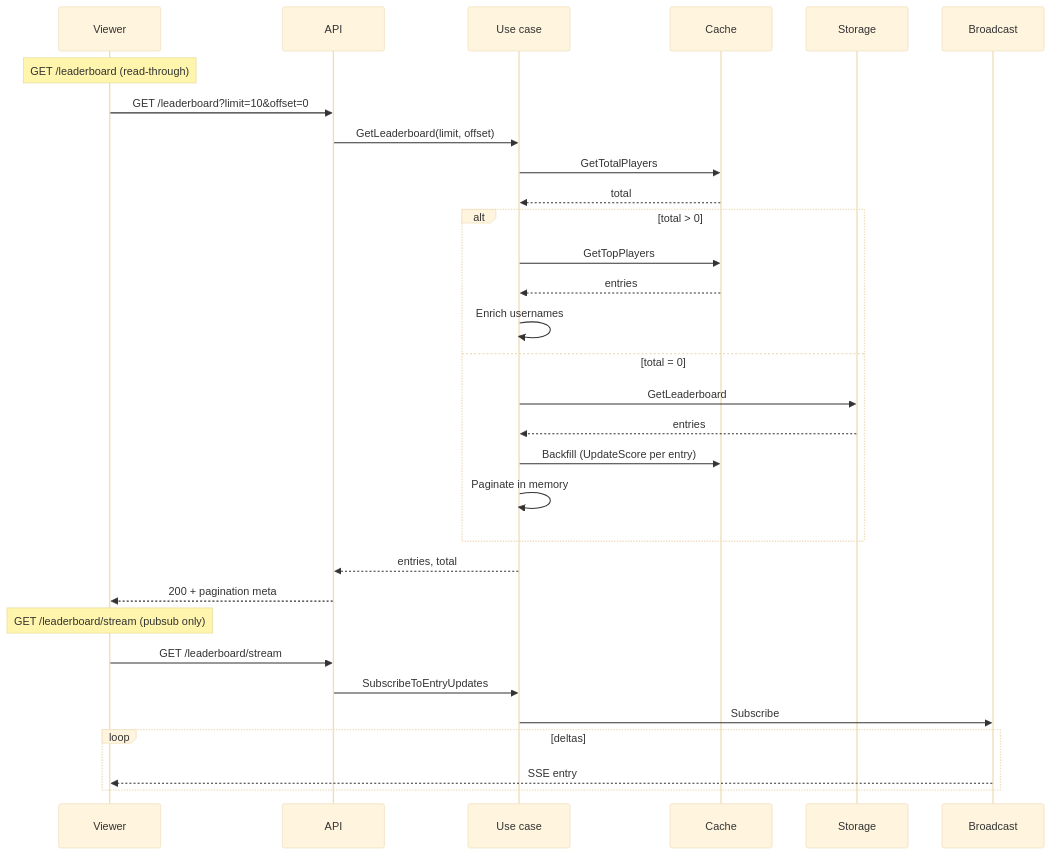
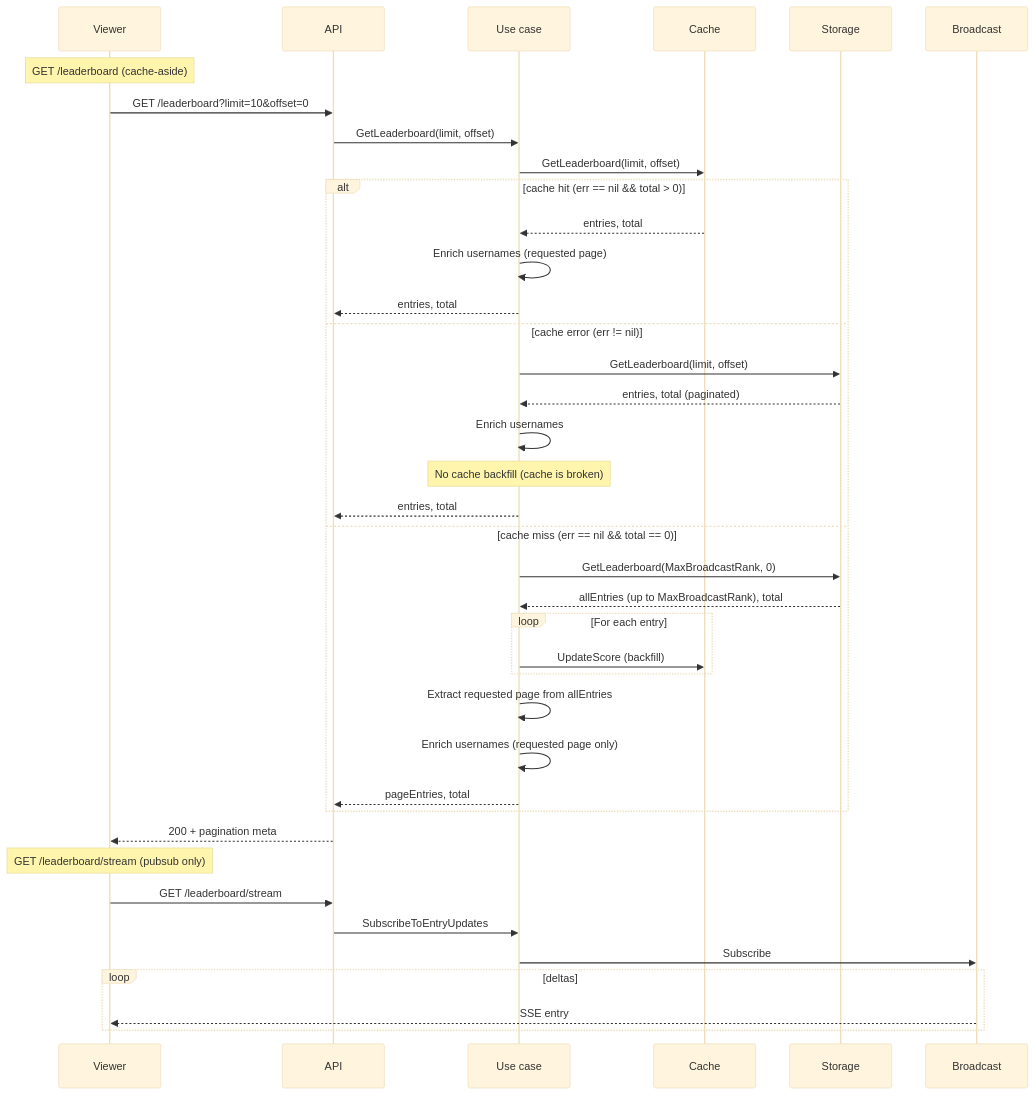
The fourth of 4 diagrams in docs/modules.md (nhatnam1507/real-time-leaderboard), drawn with Mermaid (base theme) before and after one commit. The commit also changed other lines of this file and 8 other files, not shown here.

First line of the commit message:
Update get leaderboard (#7)

````diff
--- a/docs/modules.md
+++ b/docs/modules.md
@@ -158,35 +162,43 @@
 ```mermaid
 sequenceDiagram
     participant Viewer
     participant API
     participant UC as Use case
     participant Cache
     participant Storage
     participant Broadcast
     
-    Note over Viewer: GET /leaderboard (read-through)
+    Note over Viewer: GET /leaderboard (cache-aside)
     Viewer->>API: GET /leaderboard?limit=10&offset=0
     API->>UC: GetLeaderboard(limit, offset)
-    UC->>Cache: GetTotalPlayers
-    Cache-->>UC: total
-    alt total > 0
-        UC->>Cache: GetTopPlayers
-        Cache-->>UC: entries
+    UC->>Cache: GetLeaderboard(limit, offset)
+    alt cache hit (err == nil && total > 0)
+        Cache-->>UC: entries, total
+        UC->>UC: Enrich usernames (requested page)
+        UC-->>API: entries, total
+    else cache error (err != nil)
+        UC->>Storage: GetLeaderboard(limit, offset)
+        Storage-->>UC: entries, total (paginated)
         UC->>UC: Enrich usernames
-    else total = 0
-        UC->>Storage: GetLeaderboard
-        Storage-->>UC: entries
-        UC->>Cache: Backfill (UpdateScore per entry)
-        UC->>UC: Paginate in memory
+        Note over UC: No cache backfill (cache is broken)
+        UC-->>API: entries, total
+    else cache miss (err == nil && total == 0)
+        UC->>Storage: GetLeaderboard(MaxBroadcastRank, 0)
+        Storage-->>UC: allEntries (up to MaxBroadcastRank), total
+        loop For each entry
+            UC->>Cache: UpdateScore (backfill)
+        end
+        UC->>UC: Extract requested page from allEntries
+        UC->>UC: Enrich usernames (requested page only)
+        UC-->>API: pageEntries, total
     end
-    UC-->>API: entries, total
     API-->>Viewer: 200 + pagination meta
     
     Note over Viewer: GET /leaderboard/stream (pubsub only)
     Viewer->>API: GET /leaderboard/stream
     API->>UC: SubscribeToEntryUpdates
     UC->>Broadcast: Subscribe
     loop deltas
         Broadcast-->>Viewer: SSE entry
     end
 ```
````
